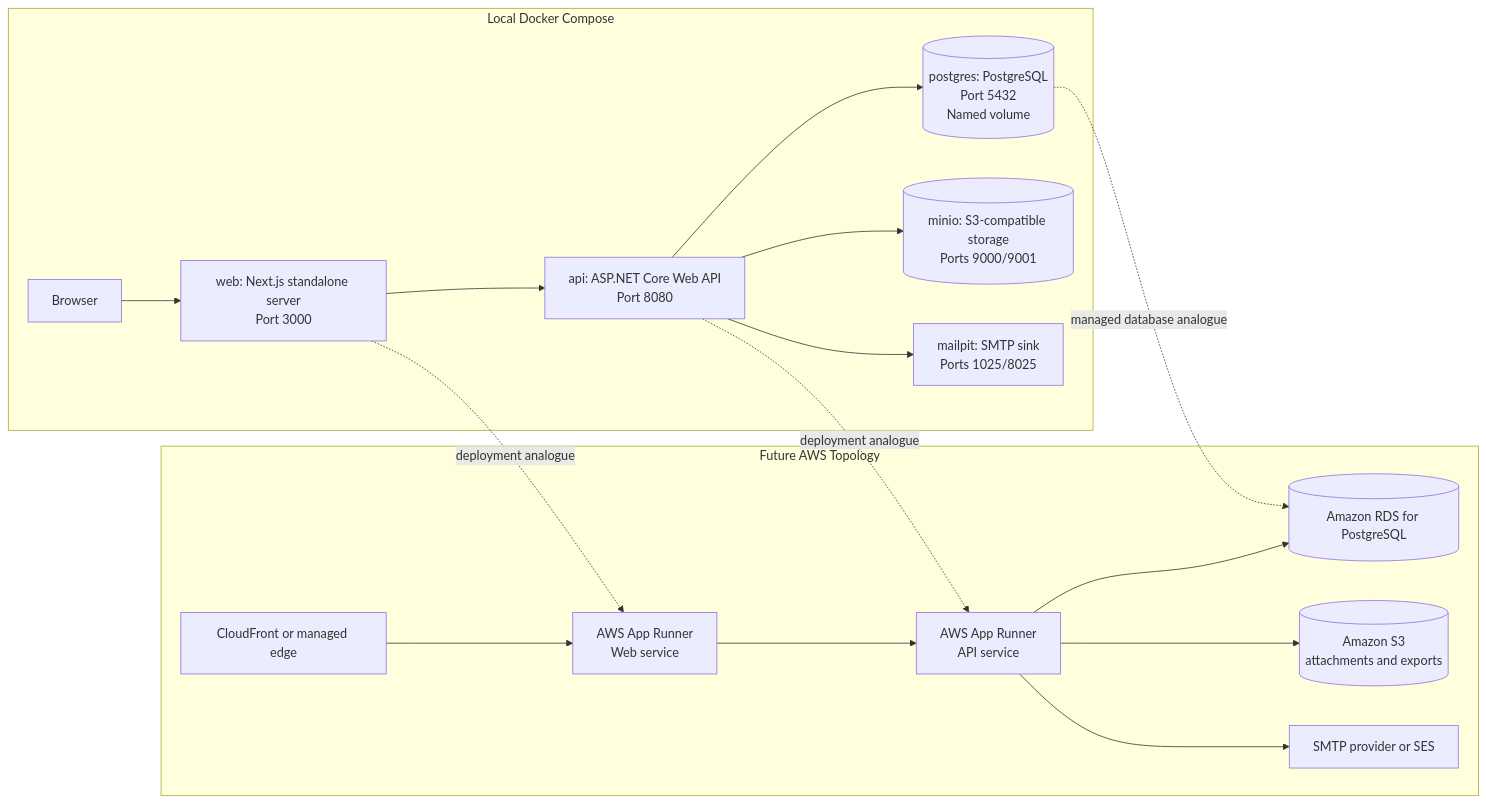
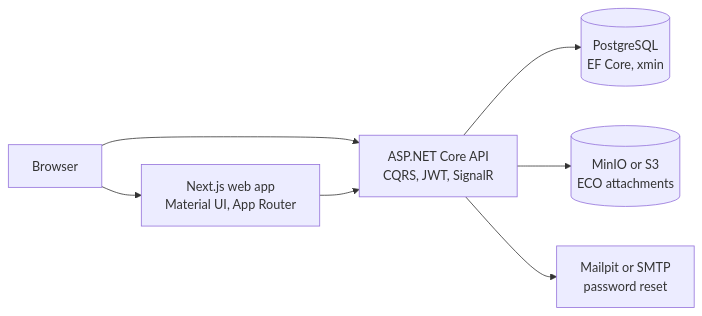
One commit to emanuellcs/engiflow changed the first of 2 diagrams in README.md. Above: the diagram before and after it, drawn with Mermaid. The commit also changed other lines of this file and 42 other files, not shown here.

````diff
--- a/README.md
+++ b/README.md
@@ -34,36 +25,16 @@
 ```mermaid
 flowchart LR
-    subgraph Local["Local Docker Compose"]
-        Browser["Browser"]
-        Web["web: Next.js standalone server<br/>Port 3000"]
-        Api["api: ASP.NET Core Web API<br/>Port 8080"]
-        Db[("postgres: PostgreSQL<br/>Port 5432<br/>Named volume")]
-        Minio[("minio: S3-compatible storage<br/>Ports 9000/9001")]
-        Mailpit["mailpit: SMTP sink<br/>Ports 1025/8025"]
+    Browser["Browser"]
+    Web["Next.js web app<br/>Material UI, App Router"]
+    Api["ASP.NET Core API<br/>CQRS, JWT, SignalR"]
+    Db[("PostgreSQL<br/>EF Core, xmin")]
+    ObjectStore[("MinIO or S3<br/>ECO attachments")]
+    Mail["Mailpit or SMTP<br/>password reset"]
 
-        Browser --> Web
-        Web --> Api
-        Api --> Db
-        Api --> Minio
-        Api --> Mailpit
-    end
-
-    subgraph FutureAws["Future AWS Topology"]
-        CloudFront["CloudFront or managed edge"]
-        WebRunner["AWS App Runner<br/>Web service"]
-        ApiRunner["AWS App Runner<br/>API service"]
-        Rds[("Amazon RDS for PostgreSQL")]
-        S3[("Amazon S3<br/>attachments and exports")]
-        Ses["SMTP provider or SES"]
-
-        CloudFront --> WebRunner
-        WebRunner --> ApiRunner
-        ApiRunner --> Rds
-        ApiRunner --> S3
-        ApiRunner --> Ses
-    end
-
-    Web -. deployment analogue .-> WebRunner
-    Api -. deployment analogue .-> ApiRunner
-    Db -. managed database analogue .-> Rds
+    Browser --> Web
+    Browser --> Api
+    Web --> Api
+    Api --> Db
+    Api --> ObjectStore
+    Api --> Mail
 ```
````
